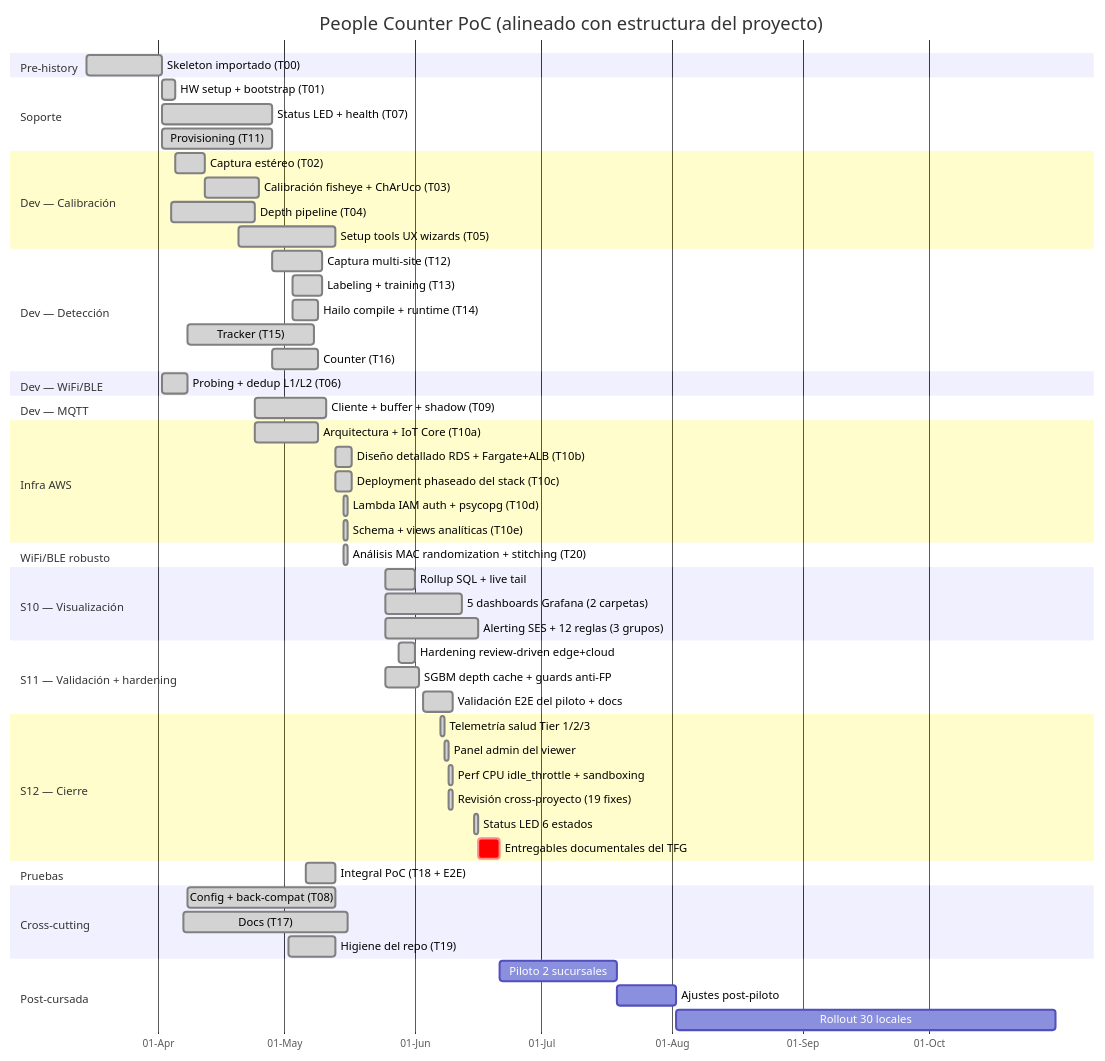
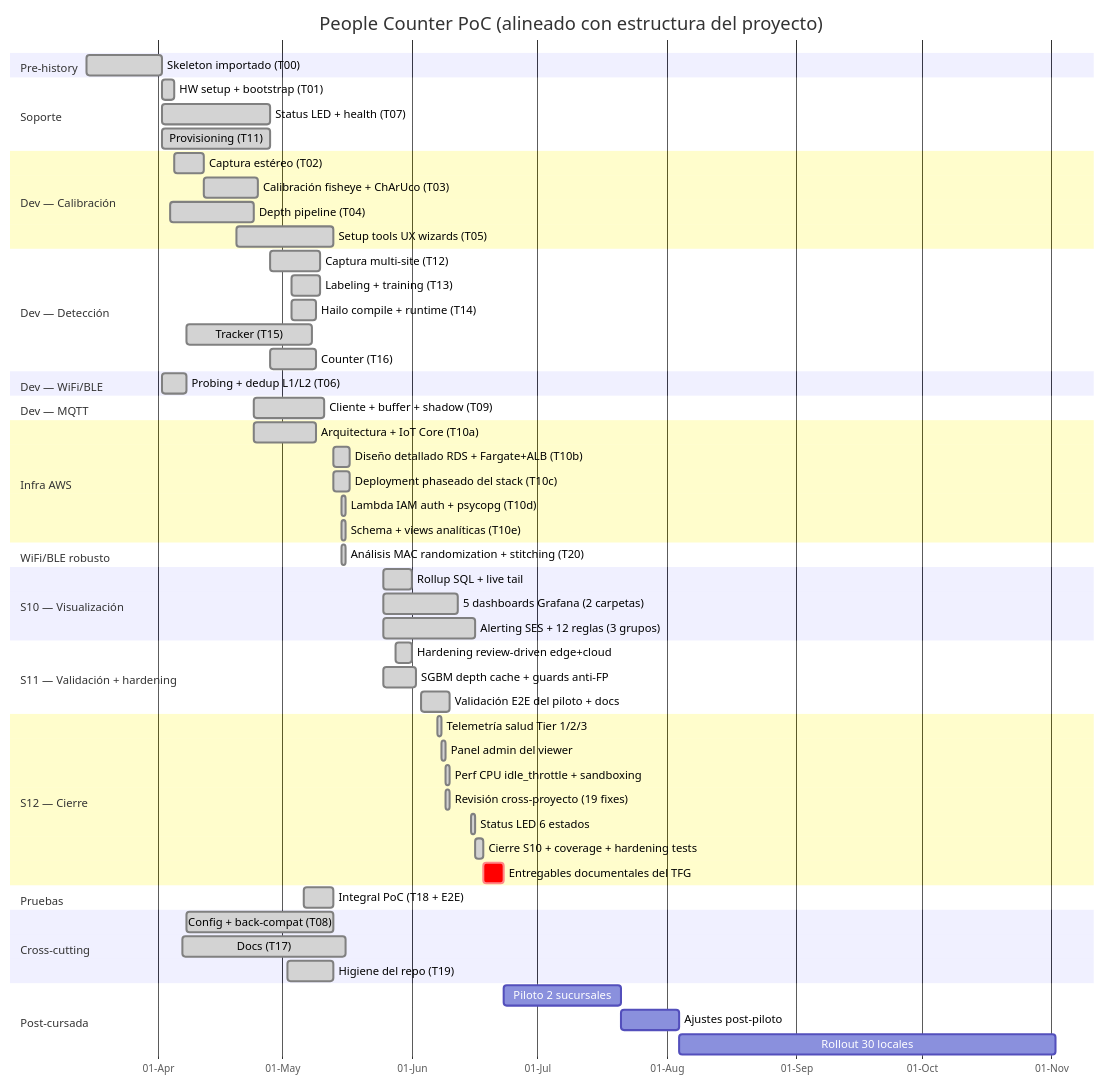
One commit to maurogasparri/people-counter changed the first of 2 diagrams in docs/project_gantt.md. Above: the diagram before and after it, drawn with Mermaid. The commit also changed other lines of this file and 9 other files, not shown here.

````diff
--- a/docs/project_gantt.md
+++ b/docs/project_gantt.md
@@ -483,74 +490,75 @@
 ```mermaid
 gantt
     title People Counter PoC (alineado con estructura del proyecto)
     dateFormat YYYY-MM-DD
     axisFormat %d-%b
 
     section Pre-history
     Skeleton importado (T00)              :done, t00, 2026-03-15, 18d
 
     section Soporte
     HW setup + bootstrap (T01)            :done, t01, after t00, 3d
     Status LED + health (T07)             :done, t07, 2026-04-02, 26d
     Provisioning (T11)                    :done, t11, 2026-04-02, 26d
 
     section Dev — Calibración
     Captura estéreo (T02)                 :done, t02, after t01, 7d
     Calibración fisheye + ChArUco (T03)   :done, t03, after t02, 13d
     Depth pipeline (T04)                  :done, t04, 2026-04-04, 20d
     Setup tools UX wizards (T05)          :done, t05, 2026-04-20, 23d
 
     section Dev — Detección
     Captura multi-site (T12)              :done, t12, 2026-04-28, 12d
     Labeling + training (T13)             :done, t13, 2026-05-03, 7d
     Hailo compile + runtime (T14)         :done, t14, 2026-05-03, 6d
     Tracker (T15)                         :done, t15, 2026-04-08, 30d
     Counter (T16)                         :done, t16, 2026-04-28, 11d
 
     section Dev — WiFi/BLE
     Probing + dedup L1/L2 (T06)           :done, t06, 2026-04-02, 6d
 
     section Dev — MQTT
     Cliente + buffer + shadow (T09)       :done, t09, 2026-04-24, 17d
 
     section Infra AWS
     Arquitectura + IoT Core (T10a)        :done, t10a, 2026-04-24, 15d
     Diseño detallado RDS + Fargate+ALB (T10b) :done, t10b, 2026-05-13, 4d
     Deployment phaseado del stack (T10c)  :done, t10c, 2026-05-13, 4d
     Lambda IAM auth + psycopg (T10d)      :done, t10d, 2026-05-15, 1d
     Schema + views analíticas (T10e)      :done, t10e, 2026-05-15, 1d
 
     section WiFi/BLE robusto
     Análisis MAC randomization + stitching (T20) :done, t20, 2026-05-15, 1d
 
     section S10 — Visualización
     Rollup SQL + live tail                :done, s10a, 2026-05-25, 7d
     5 dashboards Grafana (2 carpetas)     :done, s10b, 2026-05-25, 18d
     Alerting SES + 12 reglas (3 grupos)   :done, s10c, 2026-05-25, 22d
 
     section S11 — Validación + hardening
     Hardening review-driven edge+cloud    :done, s11a, 2026-05-28, 4d
     SGBM depth cache + guards anti-FP     :done, s11b, 2026-05-25, 8d
     Validación E2E del piloto + docs      :done, s11c, 2026-06-03, 7d
 
     section S12 — Cierre
     Telemetría salud Tier 1/2/3           :done, s12a, 2026-06-07, 1d
     Panel admin del viewer                :done, s12b, 2026-06-08, 1d
     Perf CPU idle_throttle + sandboxing   :done, s12c, 2026-06-09, 1d
     Revisión cross-proyecto (19 fixes)    :done, s12d, 2026-06-09, 1d
     Status LED 6 estados                  :done, s12e, 2026-06-15, 1d
-    Entregables documentales del TFG      :crit, s12f, 2026-06-16, 5d
+    Cierre S10 + coverage + hardening tests :done, s12f, 2026-06-16, 2d
+    Entregables documentales del TFG      :crit, s12g, 2026-06-18, 5d
 
     section Pruebas
     Integral PoC (T18 + E2E)              :done, t18, 2026-05-06, 7d
 
     section Cross-cutting
     Config + back-compat (T08)            :done, t08, 2026-04-08, 35d
     Docs (T17)                            :done, t17, 2026-04-07, 39d
     Higiene del repo (T19)                :done, t19, 2026-05-02, 11d
 
     section Post-cursada
-    Piloto 2 sucursales                   :pilot, after s12f, 28d
+    Piloto 2 sucursales                   :pilot, after s12g, 28d
     Ajustes post-piloto                   :adjust, after pilot, 14d
     Rollout 30 locales                    :rollout, after adjust, 90d
 ```
````
